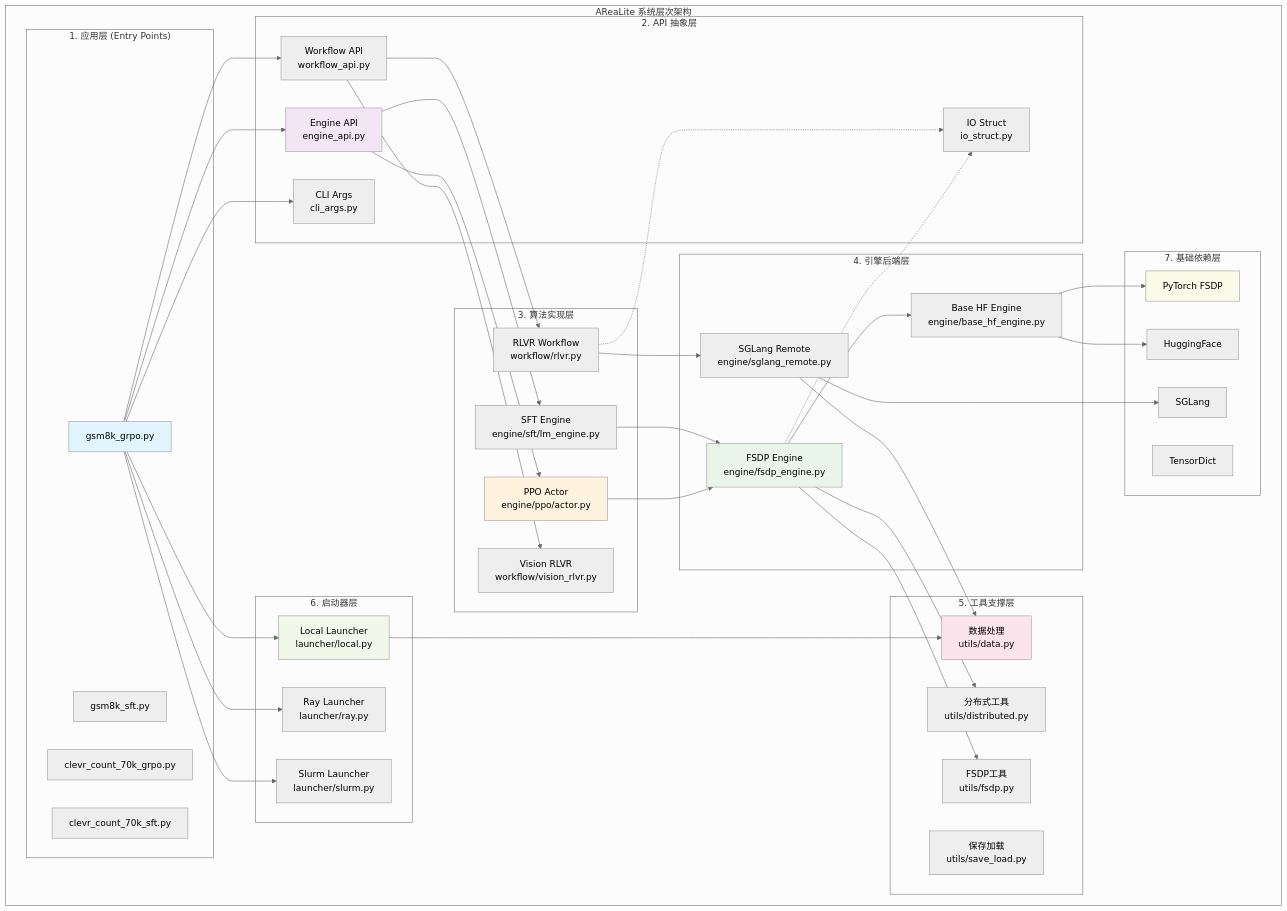
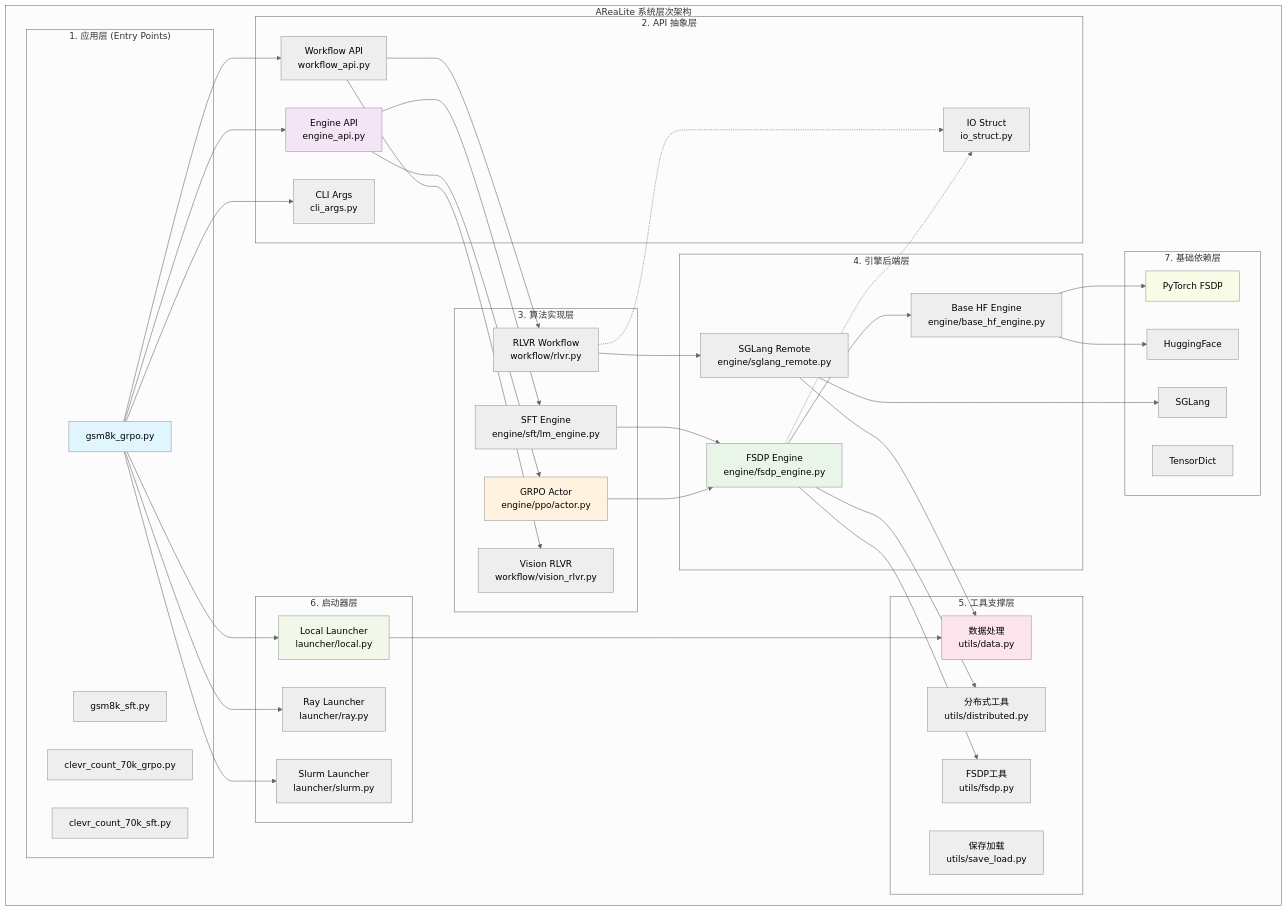
Before and after one commit to zhshgmail/AReaL: the first of 14 diagrams in docs/architecture/arealite_architecture.md, drawn with Mermaid (neutral theme). The commit also changed other lines of this file and 12 other files, not shown here.

Commit message:
update architecture docs

```diff
--- a/docs/architecture/arealite_architecture.md
+++ b/docs/architecture/arealite_architecture.md
@@ -22,7 +22,7 @@
         end
         
         subgraph "3. 算法实现层"
-            ALG1[PPO Actor<br/>engine/ppo/actor.py]
+            ALG1[GRPO Actor<br/>engine/ppo/actor.py]
             ALG2[SFT Engine<br/>engine/sft/lm_engine.py]
             ALG3[RLVR Workflow<br/>workflow/rlvr.py]
             ALG4[Vision RLVR<br/>workflow/vision_rlvr.py]
```
